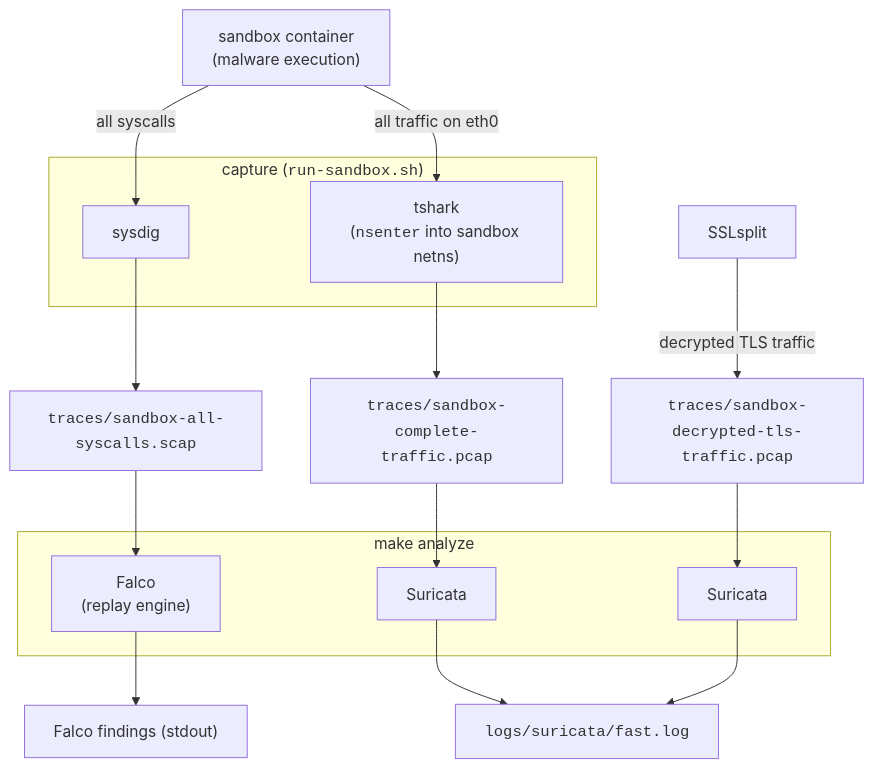
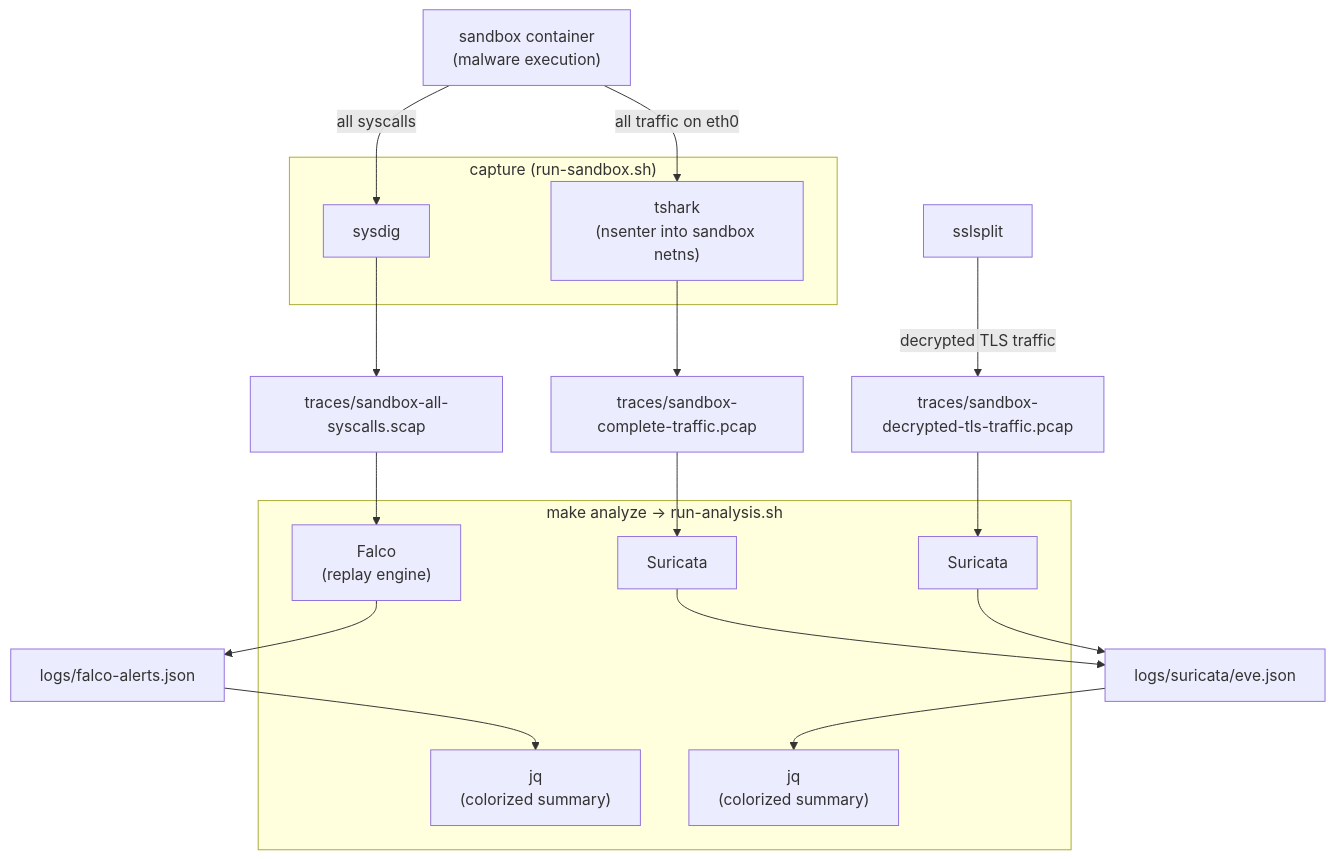
The second of 2 diagrams in README.md (wiemerc/MalBox), drawn with Mermaid before and after one commit. The commit also changed other lines of this file and 1 other file, not shown here.

````diff
--- a/README.md
+++ b/README.md
@@ -70,29 +97,32 @@
 ```mermaid
 flowchart TD
     sandbox["sandbox container<br/>(malware execution)"]
 
-    subgraph capture["capture (<code>run-sandbox.sh</code>)"]
-        tshark["tshark<br/>(<code>nsenter</code> into sandbox netns)"]
+    subgraph capture["capture (run-sandbox.sh)"]
+        tshark["tshark<br/>(nsenter into sandbox netns)"]
         sysdig["sysdig"]
     end
 
-    sslsplit["SSLsplit"]
+    sslsplit["sslsplit"]
 
     sandbox -- "all traffic on eth0" --> tshark
     sandbox -- "all syscalls" --> sysdig
     sslsplit -- "decrypted TLS traffic" --> tlsPcap
 
-    tshark --> completePcap["<code>traces/sandbox-complete-traffic.pcap</code>"]
-    sysdig --> scap["<code>traces/sandbox-all-syscalls.scap</code>"]
-    tlsPcap["<code>traces/sandbox-decrypted-tls-traffic.pcap</code>"]
+    tshark --> completePcap["traces/sandbox-complete-traffic.pcap"]
+    sysdig --> scap["traces/sandbox-all-syscalls.scap"]
+    tlsPcap["traces/sandbox-decrypted-tls-traffic.pcap"]
 
-    subgraph analyze["make analyze"]
+    subgraph analyze["make analyze -> run-analysis.sh"]
         falco["Falco<br/>(replay engine)"]
         suricata1["Suricata"]
         suricata2["Suricata"]
+        jqFalco["jq<br/>(colorized summary)"]
+        jqSuri["jq<br/>(colorized summary)"]
     end
 
-    scap --> falco --> falcoLog["Falco findings (stdout)"]
-    completePcap --> suricata1 --> fastLog["<code>logs/suricata/fast.log</code>"]
-    tlsPcap --> suricata2 --> fastLog
+    scap --> falco --> falcoJson["logs/falco-alerts.json"] --> jqFalco
+    completePcap --> suricata1 --> eve["logs/suricata/eve.json"]
+    tlsPcap --> suricata2 --> eve
+    eve --> jqSuri
 ```
````
